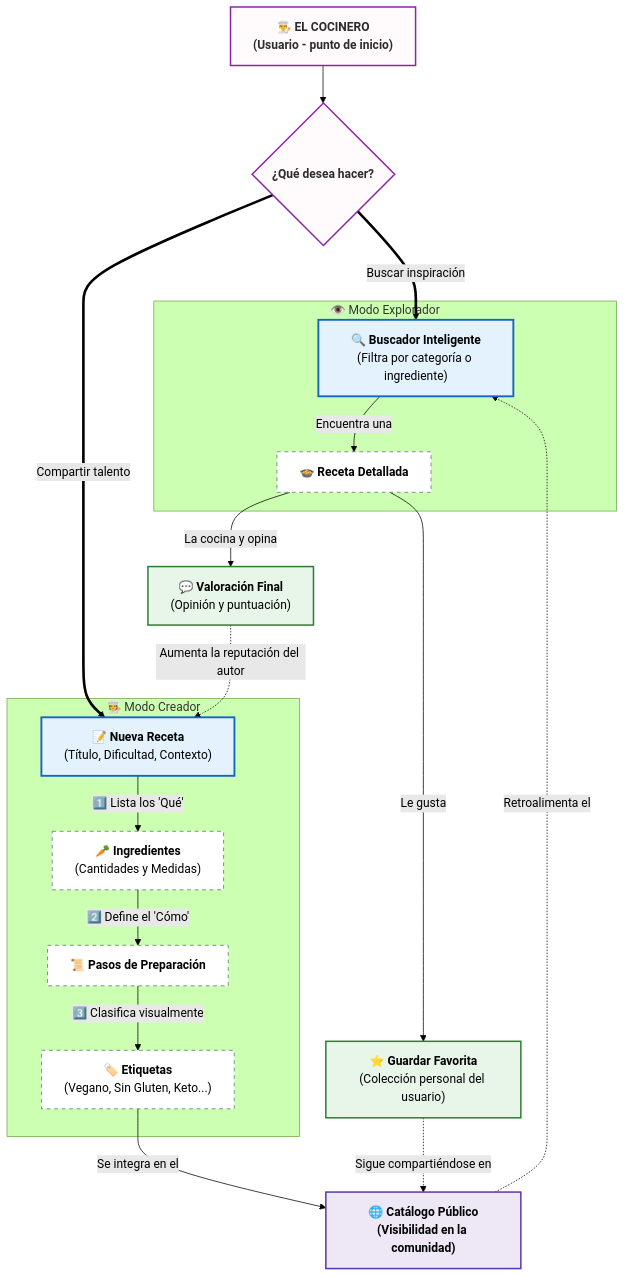
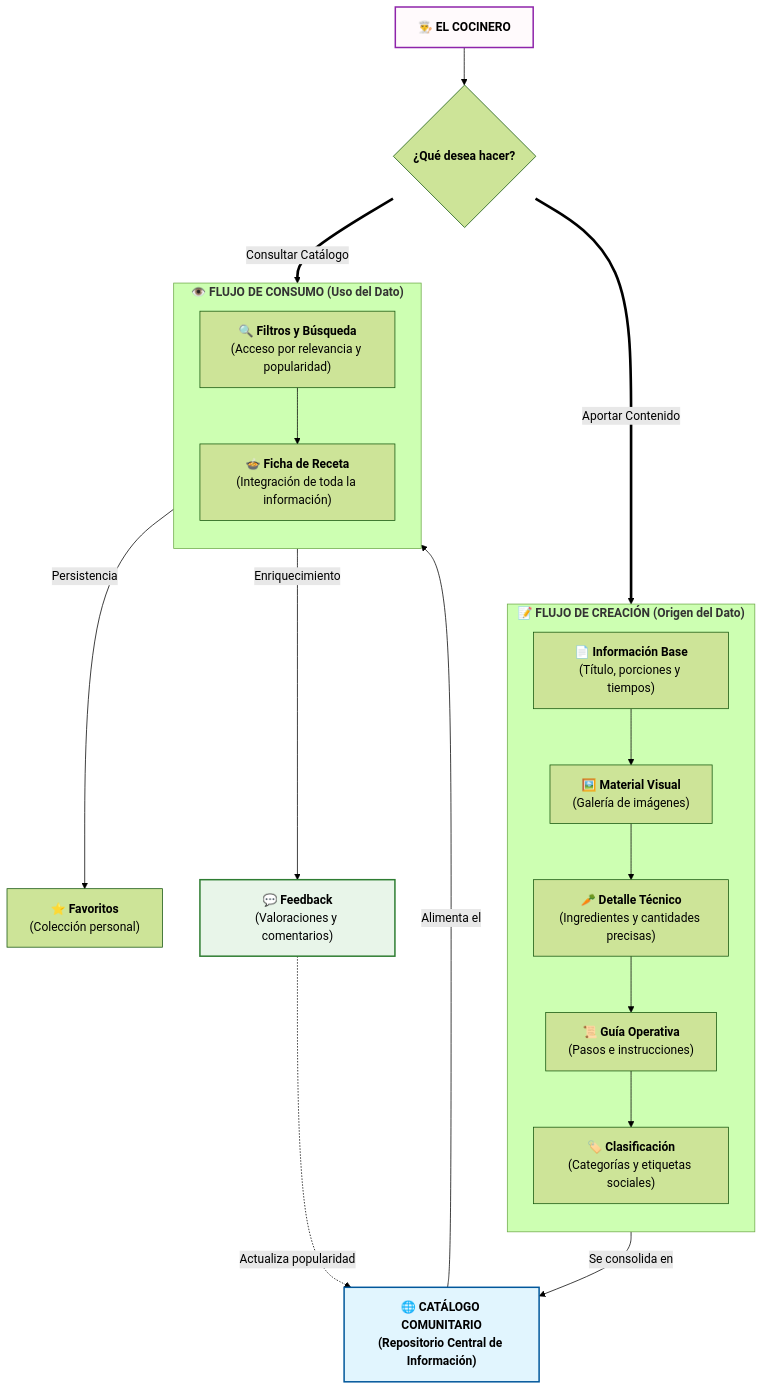
The diagram in docs/diagramas/01_analisis_datos/01_analisis_datos.mmd (vleong94/Recetea-DAM-Project), drawn with Mermaid (forest theme) before and after one commit. The commit also changed 272 other files, not shown here.

```diff
--- a/docs/diagramas/01_analisis_datos/01_analisis_datos.mmd
+++ b/docs/diagramas/01_analisis_datos/01_analisis_datos.mmd
@@ -1,49 +1,46 @@
 ---
 config:
   layout: dagre
 ---
 flowchart TB
-    subgraph MODO_EXPLORADOR["👁️ Modo Explorador"]
-        SEARCH["🔍 <b>Buscador Inteligente</b><br>(Filtra por categoría o ingrediente)"]
-        VIEW["🍲 <b>Receta Detallada</b>"]
+%% Inicio del viaje
+    U["👨‍🍳 <b>EL COCINERO</b>"] --> ACTION{"<b>¿Qué desea hacer?</b>"}
+
+    subgraph ORIGEN ["📝 <b>FLUJO DE CREACIÓN (Origen del Dato)</b>"]
+        direction TB
+        NEW["📄 <b>Información Base</b><br>(Título, porciones y tiempos)"]
+        MEDIA["🖼️ <b>Material Visual</b><br>(Galería de imágenes)"]
+        ING["🥕 <b>Detalle Técnico</b><br>(Ingredientes y cantidades precisas)"]
+        ST["📜 <b>Guía Operativa</b><br>(Pasos e instrucciones)"]
+        TAG["🏷️ <b>Clasificación</b><br>(Categorías y etiquetas sociales)"]
+
+        NEW --> MEDIA --> ING --> ST --> TAG
     end
-    subgraph MODO_CREADOR["🧑‍🍳 Modo Creador"]
-        NEW["📝 <b>Nueva Receta</b><br>(Título, Dificultad, Contexto)"]
-        ING["🥕 <b>Ingredientes</b><br>(Cantidades y Medidas)"]
-        ST["📜 <b>Pasos de Preparación</b>"]
-        TAG["🏷️ <b>Etiquetas</b><br>(Vegano, Sin Gluten, Keto...)"]
+
+%% Punto de Consolidación
+    CATALOG["🌐 <b>CATÁLOGO COMUNITARIO</b><br>(Repositorio Central de Información)"]
+
+    subgraph DESTINO ["👁️ <b>FLUJO DE CONSUMO (Uso del Dato)</b>"]
+        direction TB
+        SEARCH["🔍 <b>Filtros y Búsqueda</b><br>(Acceso por relevancia y popularidad)"]
+        VIEW["🍲 <b>Ficha de Receta</b><br>(Integración de toda la información)"]
+
+        SEARCH --> VIEW
     end
-    U["👨‍🍳 <b>EL COCINERO</b><br>(Usuario - punto de inicio)"] --> ACTION{"<b>¿Qué desea hacer?</b>"}
-    SEARCH -- Encuentra una --> VIEW
-    NEW -- 1️⃣ Lista los 'Qué' --> ING
-    ING -- 2️⃣ Define el 'Cómo' --> ST
-    ST -- 3️⃣ Clasifica visualmente --> TAG
-    ACTION == Buscar inspiración ==> SEARCH
-    ACTION == Compartir talento ==> NEW
-    TAG -- Se integra en el --> CATALOG["🌐 <b>Catálogo Público</b><br>(Visibilidad en la comunidad)"]
-    CATALOG -. Retroalimenta el .-> SEARCH
-    VIEW -- Le gusta --> FAV["⭐ <b>Guardar Favorita</b><br>(Colección personal del usuario)"]
-    VIEW -- La cocina y opina --> VAL["💬 <b>Valoración Final</b><br>(Opinión y puntuación)"]
-    VAL -. Aumenta la reputación del autor .-> NEW
-    FAV -. Sigue compartiéndose en .-> CATALOG
 
-    SEARCH:::core
-    VIEW:::steps
-    NEW:::core
-    ING:::steps
-    ST:::steps
-    TAG:::steps
-    U:::actor
-    U:::actor
-    ACTION:::decision
-    ACTION:::actor
-    CATALOG:::system
-    FAV:::social
-    VAL:::social
-    classDef actor fill:#fffafc,stroke:#8e24aa,stroke-width:2px,color:#2c2c2c,font-weight:bold
-    classDef decision fill:#fff4dd,stroke:#ef6c00,stroke-width:2px
-    classDef core fill:#e3f2fd,stroke:#1565c0,stroke-width:2.5px
-    classDef steps fill:#ffffff,stroke:#546e7a,stroke-dasharray: 5 5
-    classDef social fill:#e8f5e9,stroke:#2e7d32,stroke-width:2px
-    classDef neutral fill:#fafafa,stroke:#bdbdbd,stroke-width:1px
-    classDef system fill:#ede7f6,stroke:#5e35b1,stroke-width:2px,font-weight:bold
+%% Relaciones de viaje
+    ACTION == "Aportar Contenido" ==> NEW
+    TAG -- "Se consolida en" --> CATALOG
+    CATALOG -- "Alimenta el" --> SEARCH
+
+%% Retroalimentación (El dato vuelve al origen)
+    VIEW -- "Persistencia" --> FAV["⭐ <b>Favoritos</b><br>(Colección personal)"]
+    VIEW -- "Enriquecimiento" --> VAL["💬 <b>Feedback</b><br>(Valoraciones y comentarios)"]
+
+    VAL -. "Actualiza popularidad" .-> CATALOG
+    ACTION == "Consultar Catálogo" ==> SEARCH
+
+%% Estilos Visuales
+    style U fill:#fffafc,stroke:#8e24aa,stroke-width:2px
+    style CATALOG fill:#e1f5fe,stroke:#01579b,stroke-width:2px,font-weight:bold
+    style VAL fill:#e8f5e9,stroke:#2e7d32,stroke-width:2px
```
